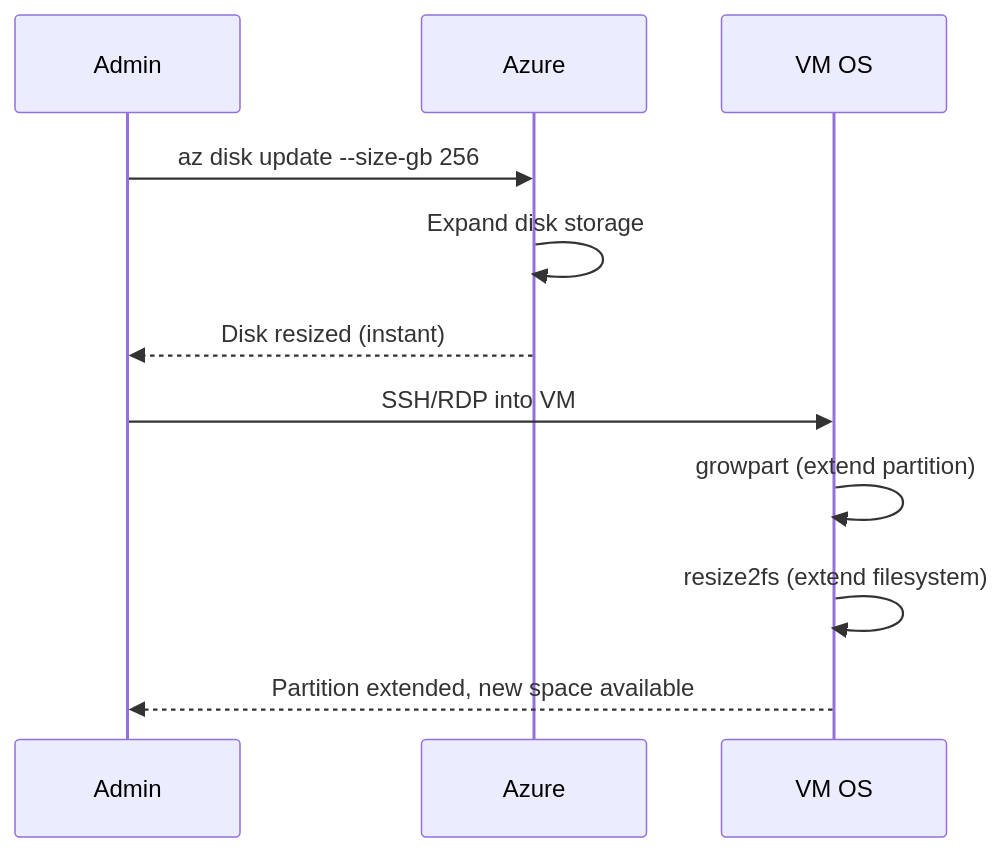
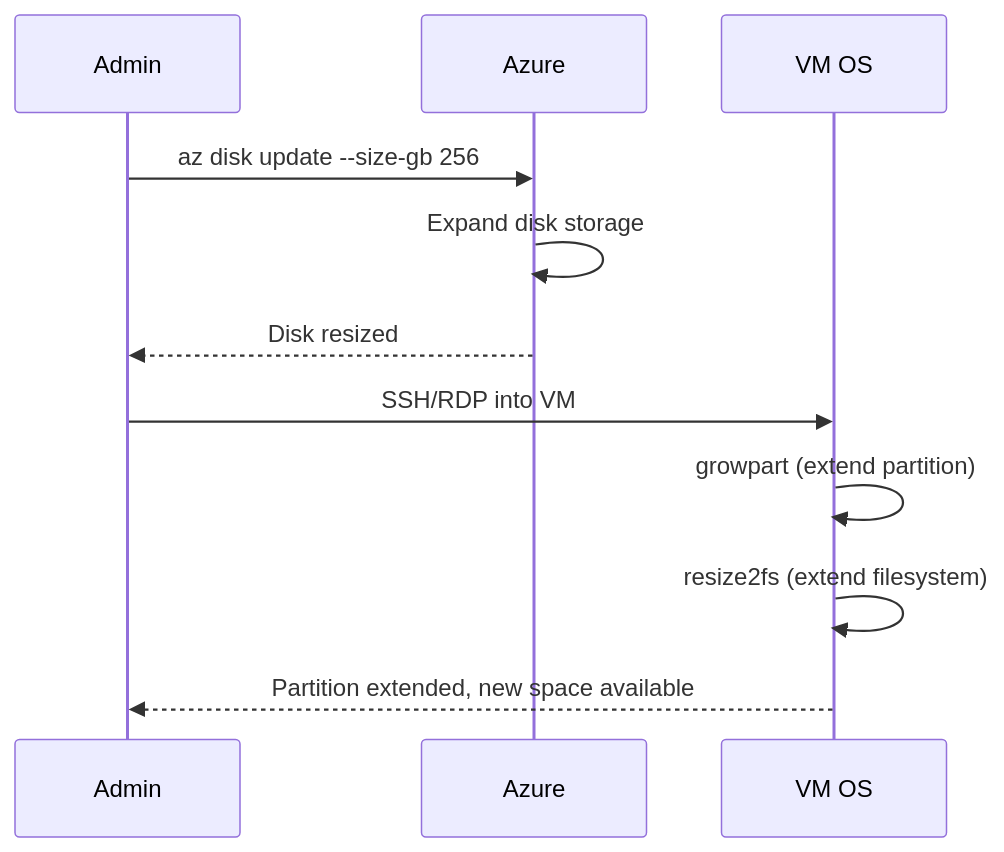
The diagram in posts/2026-02-16-how-to-resize-an-azure-managed-disk-without-downtime/README.md (OneUptime/blog), drawn with Mermaid before and after one commit. The commit also changed other lines of this file and 2 other files, not shown here.

Commit message:
validate: 2026-02-16-how-to-resize-an-azure-managed-disk-without-downtime

````diff
--- a/posts/2026-02-16-how-to-resize-an-azure-managed-disk-without-downtime/README.md
+++ b/posts/2026-02-16-how-to-resize-an-azure-managed-disk-without-downtime/README.md
@@ -213,14 +228,14 @@
 ```mermaid
 sequenceDiagram
     participant Admin
     participant Azure
     participant VM OS
 
     Admin->>Azure: az disk update --size-gb 256
     Azure->>Azure: Expand disk storage
-    Azure-->>Admin: Disk resized (instant)
+    Azure-->>Admin: Disk resized
     Admin->>VM OS: SSH/RDP into VM
     VM OS->>VM OS: growpart (extend partition)
     VM OS->>VM OS: resize2fs (extend filesystem)
     VM OS-->>Admin: Partition extended, new space available
 ```
````
